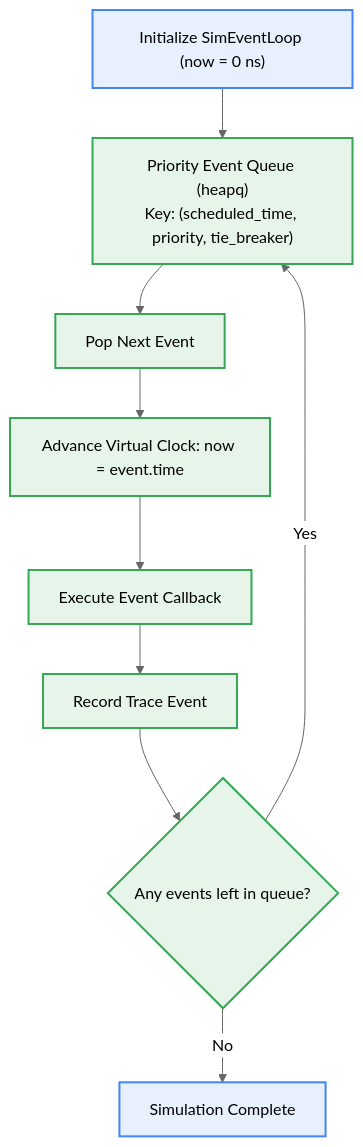
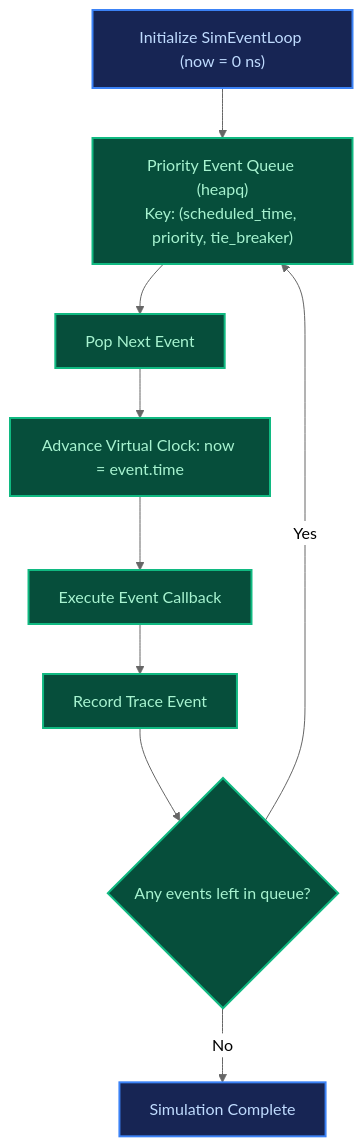
One commit to andypost/freeunit-model changed the first of 2 diagrams in docs/models/model-a-simulation.md. Above: the diagram before and after it, drawn with Mermaid (neutral theme). The commit also changed other lines of this file and 10 other files, not shown here.

First line of the commit message:
fix(docs,diagrams): redesign architecture diagram with event ordering and fix dark theme contrast

````diff
--- a/docs/models/model-a-simulation.md
+++ b/docs/models/model-a-simulation.md
@@ -11,21 +11,21 @@
 ```mermaid
 flowchart TD
     Init["Initialize SimEventLoop (now = 0 ns)"]
     Queue["Priority Event Queue (heapq)<br/>Key: (scheduled_time, priority, tie_breaker)"]
     Pop["Pop Next Event"]
     Advance["Advance Virtual Clock: now = event.time"]
     Execute["Execute Event Callback"]
     EmitTrace["Record Trace Event"]
     CheckDone{"Any events left in queue?"}
     Done["Simulation Complete"]
 
     Init --> Queue
     Queue --> Pop --> Advance --> Execute --> EmitTrace --> CheckDone
     CheckDone -->|Yes| Queue
     CheckDone -->|No| Done
 
-    classDef proc fill:#e8f0fe,stroke:#4285f4,stroke-width:2px;
-    classDef loop fill:#e6f4ea,stroke:#34a853,stroke-width:2px;
+    classDef proc fill:#172554,stroke:#3b82f6,stroke-width:2px,color:#bfdbfe;
+    classDef loop fill:#064e3b,stroke:#10b981,stroke-width:2px,color:#a7f3d0;
     class Init,Done proc;
     class Queue,Pop,Advance,Execute,EmitTrace,CheckDone loop;
 ```
````
